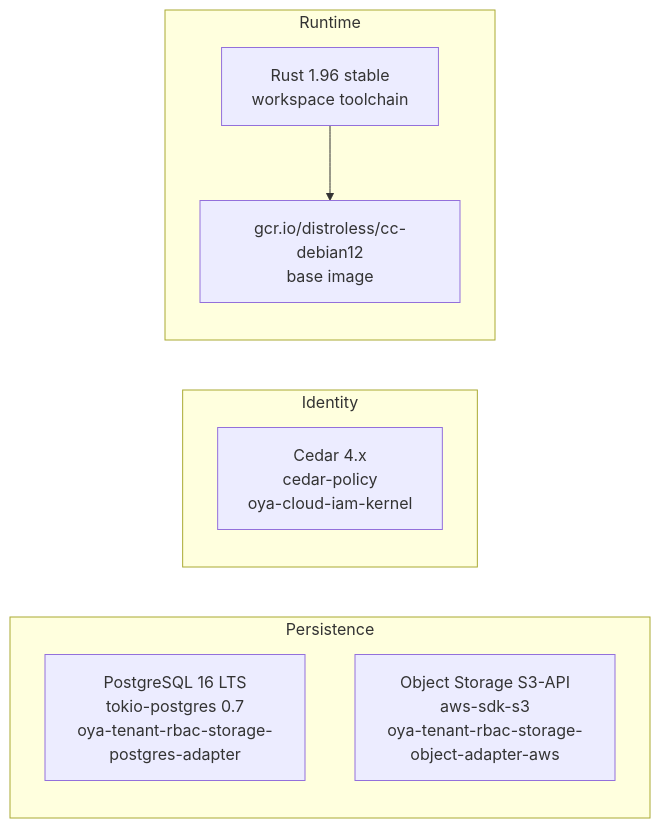
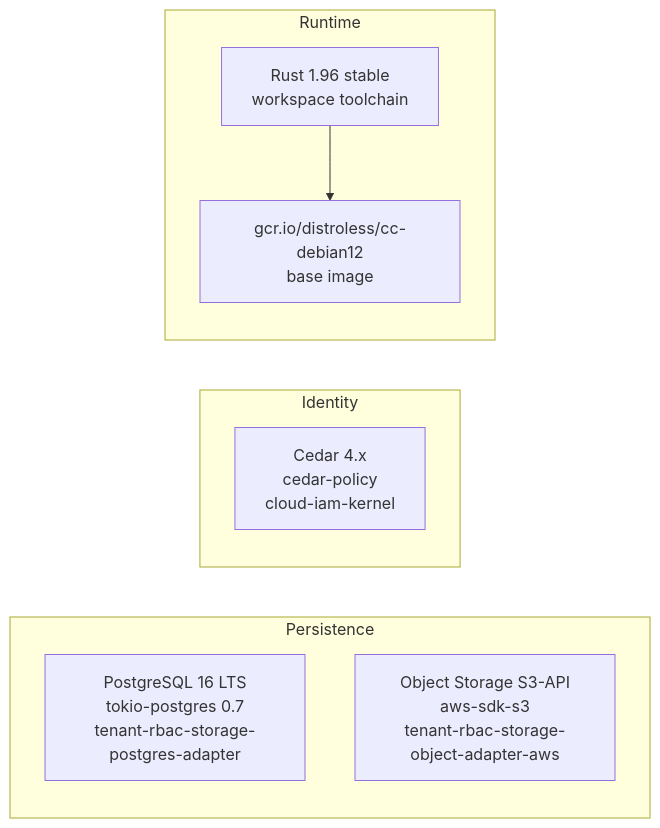
Before and after one commit to oyatie/oyatie: the diagram in docs/automation/tech-stack-map-spec.md, drawn with Mermaid. The commit also changed other lines of this file and 5686 other files, not shown here.

````diff
--- a/docs/automation/tech-stack-map-spec.md
+++ b/docs/automation/tech-stack-map-spec.md
@@ -61,15 +61,15 @@
 ```mermaid
 graph LR
   subgraph "Persistence"
-    pg["PostgreSQL 16 LTS<br/>tokio-postgres 0.7<br/>oya-tenant-rbac-storage-postgres-adapter"]
-    obj["Object Storage S3-API<br/>aws-sdk-s3<br/>oya-tenant-rbac-storage-object-adapter-aws"]
+    pg["PostgreSQL 16 LTS<br/>tokio-postgres 0.7<br/>tenant-rbac-storage-postgres-adapter"]
+    obj["Object Storage S3-API<br/>aws-sdk-s3<br/>tenant-rbac-storage-object-adapter-aws"]
   end
   subgraph "Identity"
-    cedar["Cedar 4.x<br/>cedar-policy<br/>oya-cloud-iam-kernel"]
+    cedar["Cedar 4.x<br/>cedar-policy<br/>cloud-iam-kernel"]
   end
   subgraph "Runtime"
     rust["Rust 1.96 stable<br/>workspace toolchain"]
     distroless["gcr.io/distroless/cc-debian12<br/>base image"]
   end
   rust --> distroless
 ```
````
